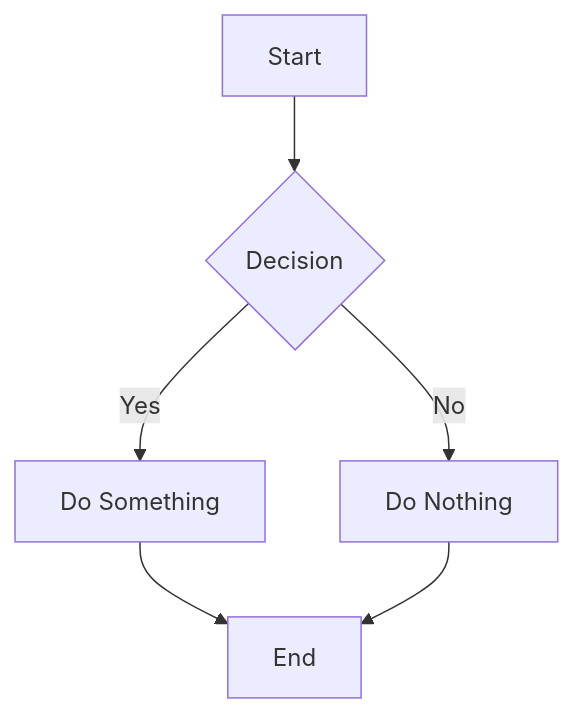
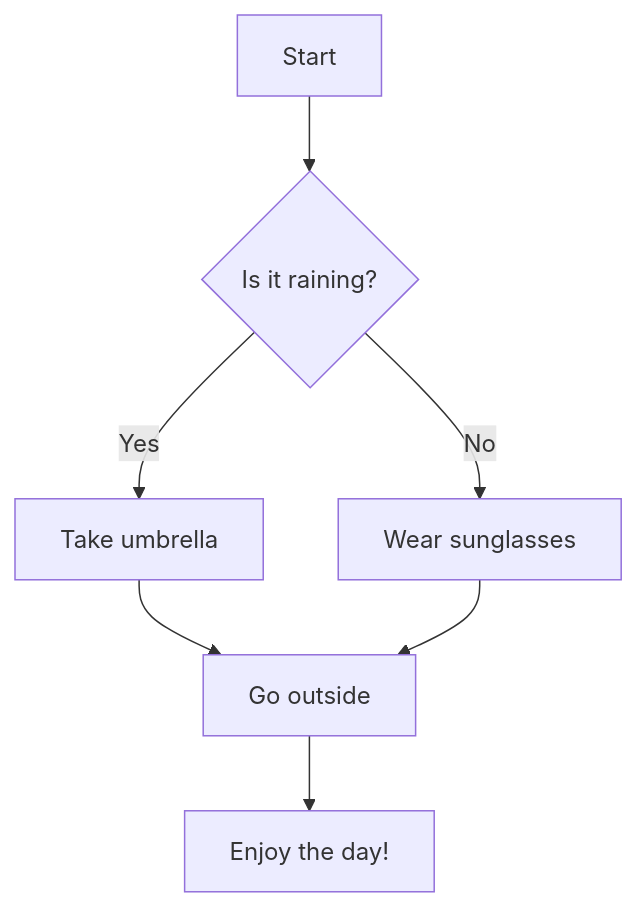
Before and after one commit to Atypical-Consulting/StaticWGen: the first of 4 diagrams in input/extensions-test.md, drawn with Mermaid. The commit also changed other lines of this file and 22 other files, not shown here.

````diff
--- a/input/extensions-test.md
+++ b/input/extensions-test.md
@@ -47,8 +92,9 @@
 ```mermaid
-graph TD;
-    A[Start] --> B{Decision};
-    B -->|Yes| C[Do Something];
-    B -->|No| D[Do Nothing];
-    C --> E[End];
-    D --> E;
+flowchart TD
+    A[Start] --> B{Is it raining?}
+    B -->|Yes| C[Take umbrella]
+    B -->|No| D[Wear sunglasses]
+    C --> E[Go outside]
+    D --> E
+    E --> F[Enjoy the day!]
 ```
````
